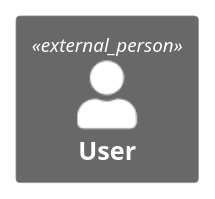
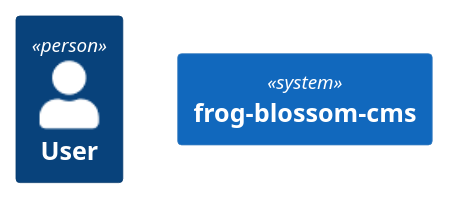
The diagram in design-docs/context.puml (minierparedes/frog-blossom-docs), drawn with PlantUML before and after one commit.

Commit message:
Apr 30, 2024, 12:12 PM

```diff
--- a/design-docs/context.puml
+++ b/design-docs/context.puml
@@ -1,6 +1,9 @@
 @startuml frog-blossom-context
 !include  https://raw.githubusercontent.com/plantuml-stdlib/C4-PlantUML/master/C4_Container.puml
 
-Person_Ext(user, "User")
+Person(user, "User")
+System(cms, "frog-blossom-cms")
+
+
 
 @enduml
```
